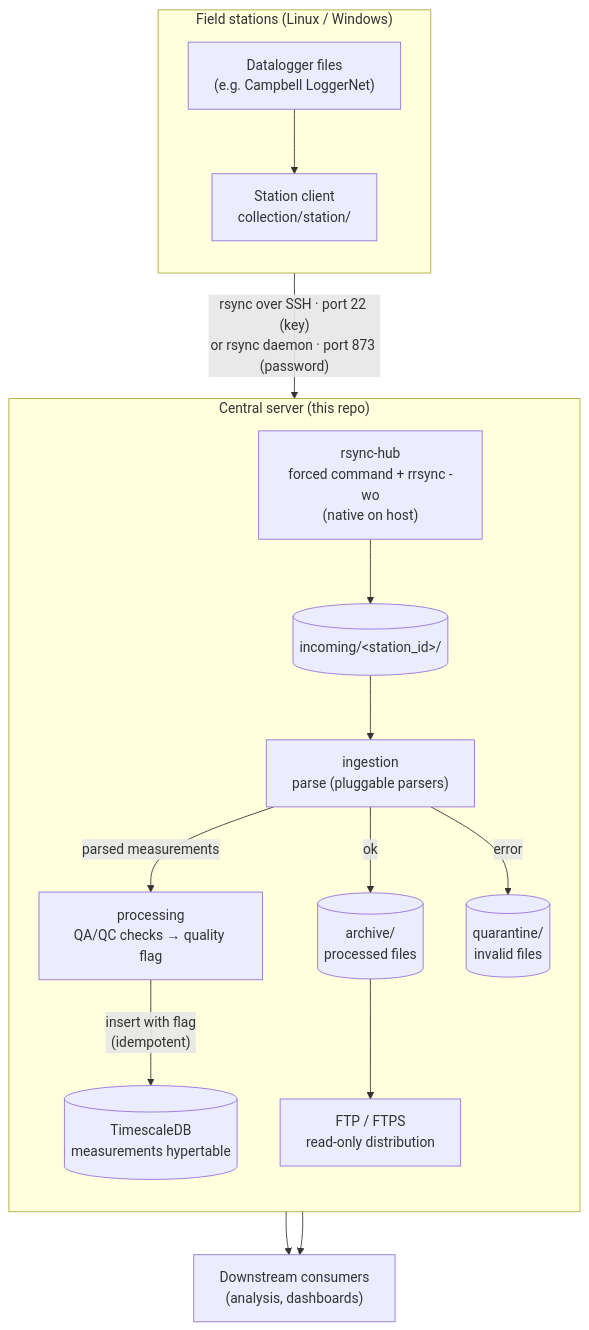
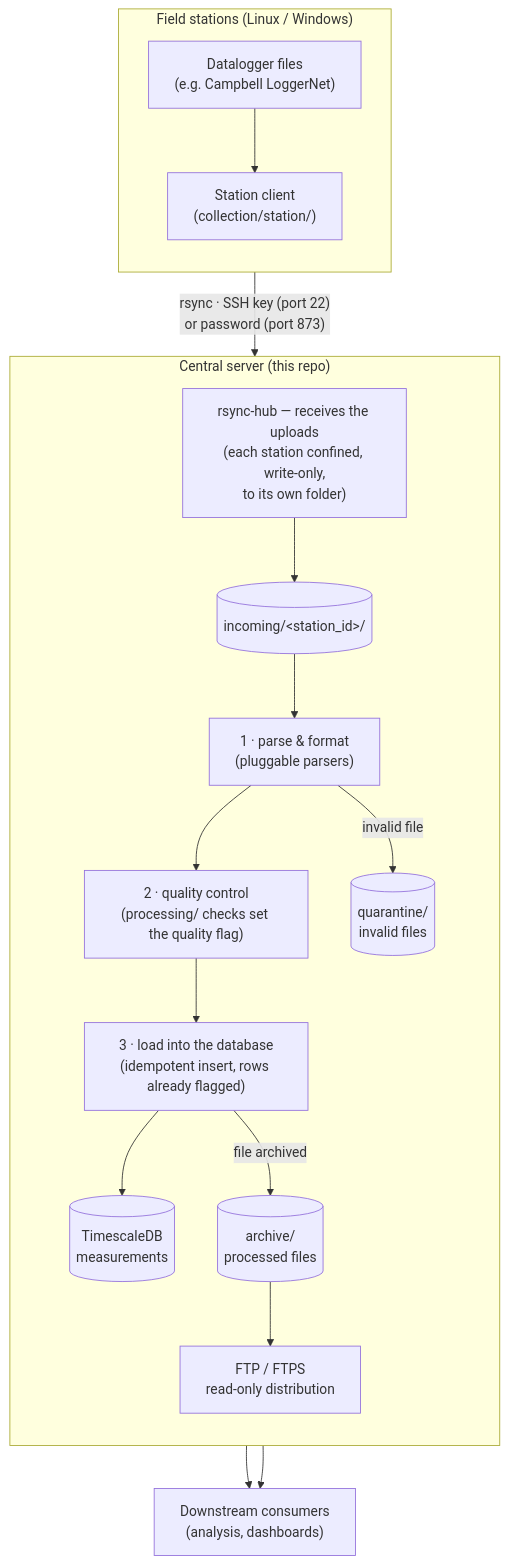
Before and after one commit to CarbonARA-UFOPA/carbonara-datahub: the diagram in README.md, drawn with Mermaid. The commit also changed other lines of this file, not shown here.

````diff
--- a/README.md
+++ b/README.md
@@ -13,36 +13,38 @@
 ```mermaid
 %%{init: {"flowchart": {"useMaxWidth": false}}}%%
 flowchart TB
     subgraph field["Field stations (Linux / Windows)"]
         direction TB
         ST["Datalogger files<br/>(e.g. Campbell LoggerNet)"]
-        CL["Station client<br/>collection/station/"]
+        CL["Station client<br/>(collection/station/)"]
         ST --> CL
     end
 
     subgraph hub["Central server (this repo)"]
         direction TB
-        RH["rsync-hub<br/>forced command + rrsync -wo<br/>(native on host)"]
+        RH["rsync-hub — receives the uploads<br/>(each station confined, write-only,<br/>to its own folder)"]
         INC[("incoming/&lt;station_id&gt;/")]
-        ING["ingestion<br/>parse (pluggable parsers)"]
-        PROC["processing<br/>QA/QC checks → quality flag"]
+        PARSE["1 · parse &amp; format<br/>(pluggable parsers)"]
+        QC["2 · quality control<br/>(processing/ checks set the quality flag)"]
+        LOAD["3 · load into the database<br/>(idempotent insert, rows already flagged)"]
+        DB[("TimescaleDB<br/>measurements")]
         QUA[("quarantine/<br/>invalid files")]
         ARC[("archive/<br/>processed files")]
-        DB[("TimescaleDB<br/>measurements hypertable")]
         FTP["FTP / FTPS<br/>read-only distribution"]
 
         RH --> INC
-        INC --> ING
-        ING -- "parsed measurements" --> PROC
-        PROC -- "insert with flag<br/>(idempotent)" --> DB
-        ING -- "ok" --> ARC
-        ING -- "error" --> QUA
+        INC --> PARSE
+        PARSE --> QC
+        QC --> LOAD
+        LOAD --> DB
+        PARSE -- "invalid file" --> QUA
+        LOAD -- "file archived" --> ARC
         ARC --> FTP
     end
 
     CONS["Downstream consumers<br/>(analysis, dashboards)"]
 
-    CL -- "rsync over SSH · port 22 (key)<br/>or rsync daemon · port 873 (password)" --> RH
+    CL -- "rsync · SSH key (port 22)<br/>or password (port 873)" --> RH
     FTP --> CONS
     DB --> CONS
 ```
````
